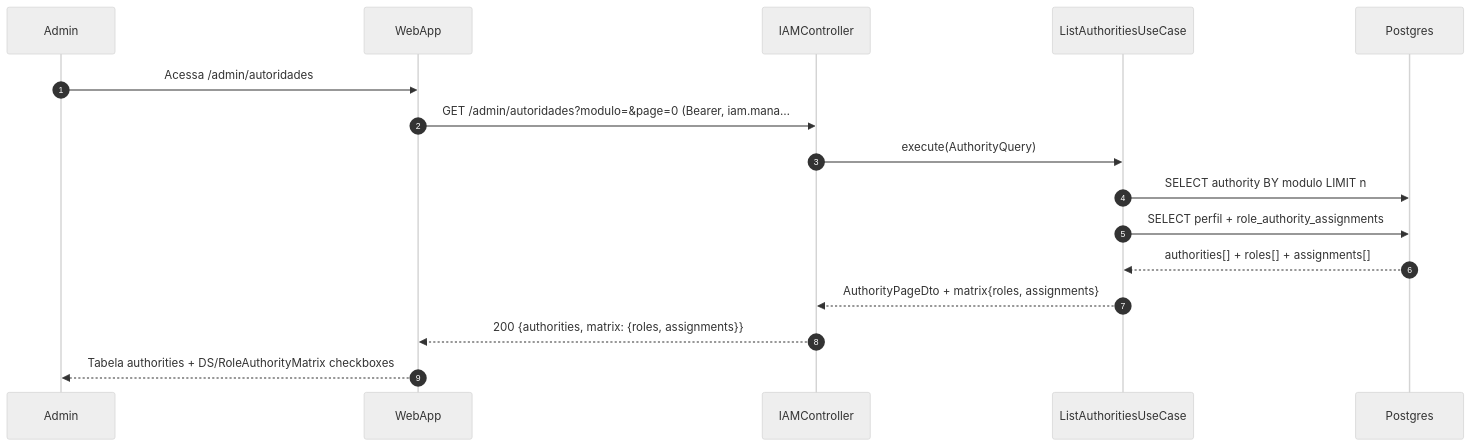
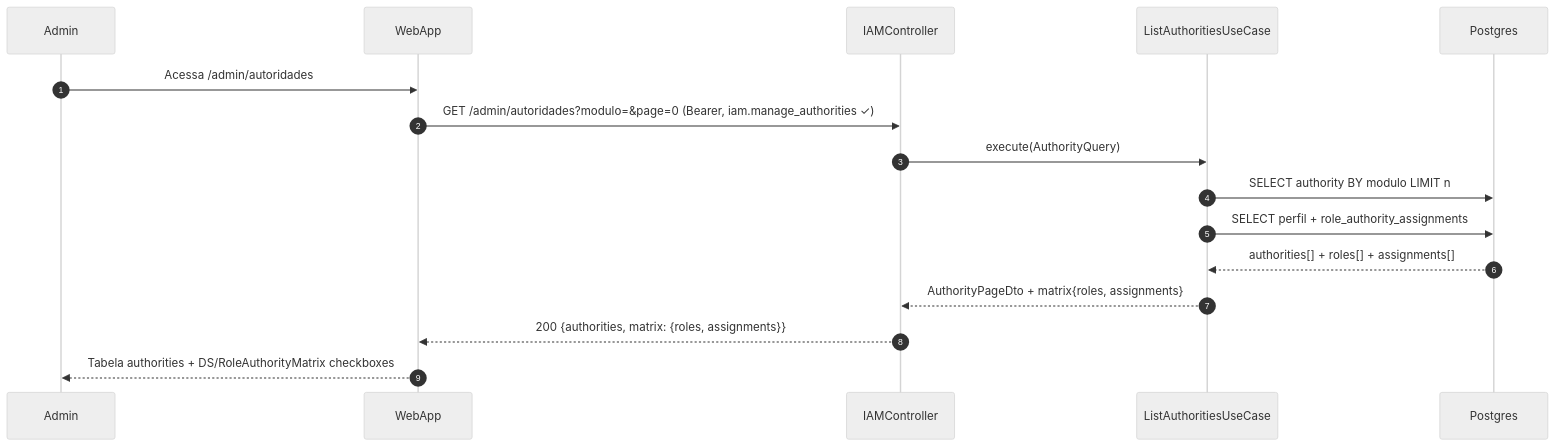
One commit to umishell/secretariaOnline2 changed the third of 7 diagrams in foundationDocs/sequenceDiagrams/F7 — Admin/US-F7-002-IAM-PERFIS-AUTORIDADES.md. Above: the diagram before and after it, drawn with Mermaid (neutral theme). The commit also changed other lines of this file and 70 other files, not shown here.

First line of the commit message:
Enhance database documentation and introduce new schema files

````diff
--- a/foundationDocs/sequenceDiagrams/F7 — Admin/US-F7-002-IAM-PERFIS-AUTORIDADES.md
+++ b/foundationDocs/sequenceDiagrams/F7 — Admin/US-F7-002-IAM-PERFIS-AUTORIDADES.md
@@ -129,19 +129,19 @@
 ```mermaid
 sequenceDiagram
     autonumber
     participant Admin
     participant WebApp
     participant IAMController
     participant ListAuthoritiesUC as ListAuthoritiesUseCase
     participant Postgres
 
     Admin->>WebApp: Acessa /admin/autoridades
-    WebApp->>IAMController: GET /admin/autoridades?modulo=&page=0 (Bearer, iam.mana…
+    WebApp->>IAMController: GET /admin/autoridades?modulo=&page=0 (Bearer, iam.manage_authorities ✓)
     IAMController->>ListAuthoritiesUC: execute(AuthorityQuery)
     ListAuthoritiesUC->>Postgres: SELECT authority BY modulo LIMIT n
     ListAuthoritiesUC->>Postgres: SELECT perfil + role_authority_assignments
     Postgres-->>ListAuthoritiesUC: authorities[] + roles[] + assignments[]
     ListAuthoritiesUC-->>IAMController: AuthorityPageDto + matrix{roles, assignments}
     IAMController-->>WebApp: 200 {authorities, matrix: {roles, assignments}}
     WebApp-->>Admin: Tabela authorities + DS/RoleAuthorityMatrix checkboxes
 ```
````
